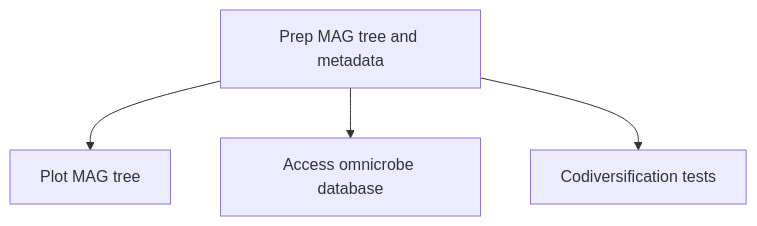
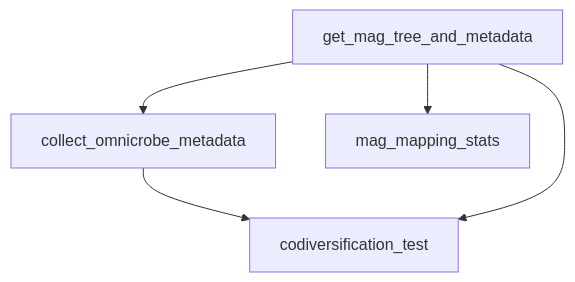
The third of 3 diagrams in README.md (markella-moraitou/mammal_oral_microbiome_stats), drawn with Mermaid before and after one commit. The commit also changed 5 other files, not shown here.

````diff
--- a/README.md
+++ b/README.md
@@ -31,6 +31,7 @@
-```mermaid
+```mermaid # Not sure if accurate, double check
 flowchart TD;
-    A[Prep MAG tree and metadata]-->B[Plot MAG tree]
-    A-->C[Access omnicrobe database]
-    A-->D[Codiversification tests]
+    A[get_mag_tree_and_metadata]-->B[collect_omnicrobe_metadata]
+    A-->C[mag_mapping_stats]
+    B-->D[plot_mag_tree]
+    A-->D[codiversification_test]
 ```
````
